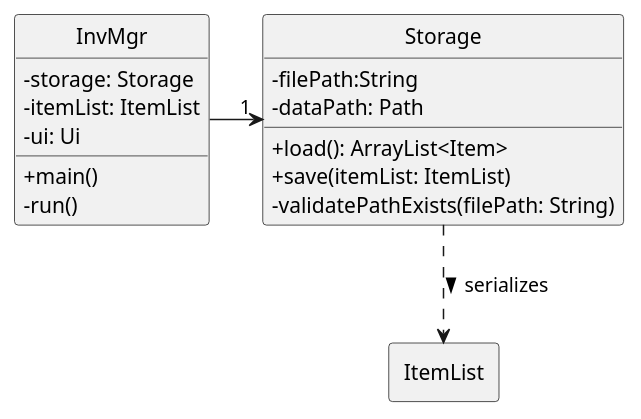
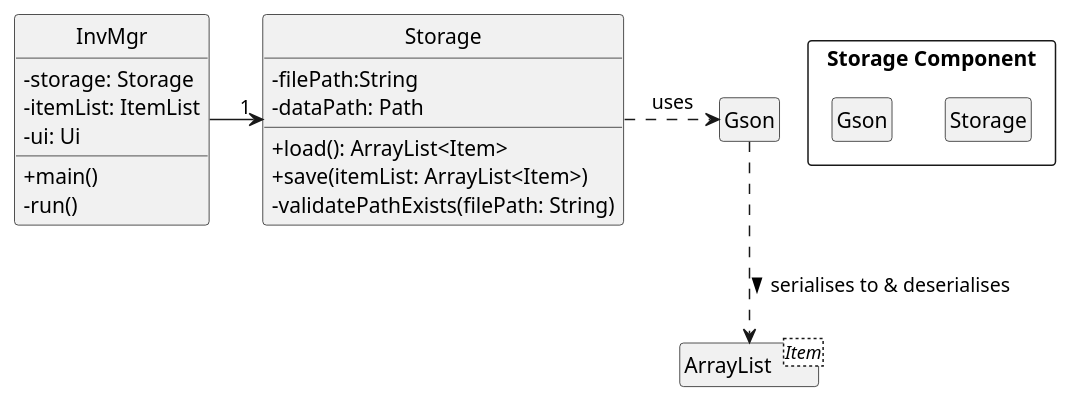
One commit to nus-cs2113-AY2122S2/tp changed the diagram in docs/diagrams/StorageClassDiagram.puml. Above: the diagram before and after it, drawn with PlantUML. The commit also changed 4 other files, not shown here.

Commit message:
Add Storage class diagram Add Storage component under DeveloperGuide for design Fix dataype for StorageSaveSequenceDiagram

```diff
--- a/docs/diagrams/StorageClassDiagram.puml
+++ b/docs/diagrams/StorageClassDiagram.puml
@@ -1,28 +1,40 @@
 @startuml
 hide circle
 skinparam classAttributeIconSize 0
+hide empty members
+hide empty attributes
+
+package "Storage Component" <<Rectangle>> {
+    class Storage
+    class Gson
+}
 
 class InvMgr {
     - storage: Storage
     - itemList: ItemList
     - ui: Ui
     + main()
     - run()
 }
 
 class Storage {
     - filePath:String
     - dataPath: Path
     + load(): ArrayList<Item>
-    + save(itemList: ItemList)
+    + save(itemList: ArrayList<Item>)
     - validatePathExists(filePath: String)
 
 }
 
-package ItemList <<Rectangle>> {
+class Gson {
+
+}
+
+class ArrayList<Item> {
 
 }
 
 InvMgr -right-> "1" Storage
-Storage -[dashed]down-> ItemList : serializes >
+Storage -[dashed]right-> Gson: uses
+Gson -[dashed]-> ArrayList: serialises to & deserialises >
 @enduml
```
